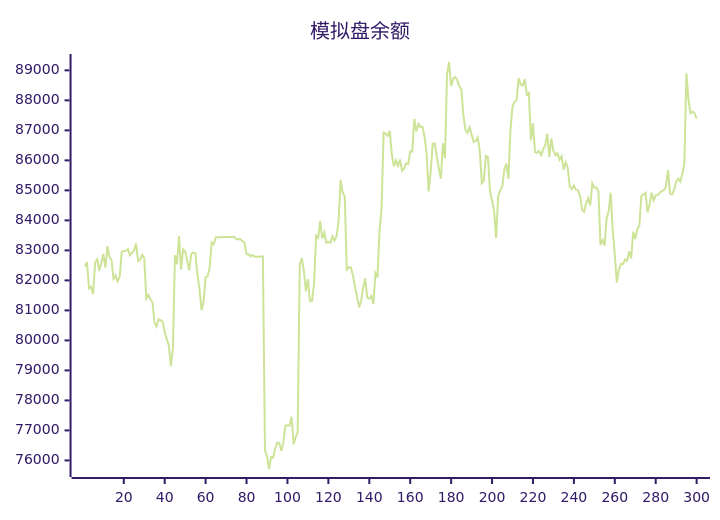
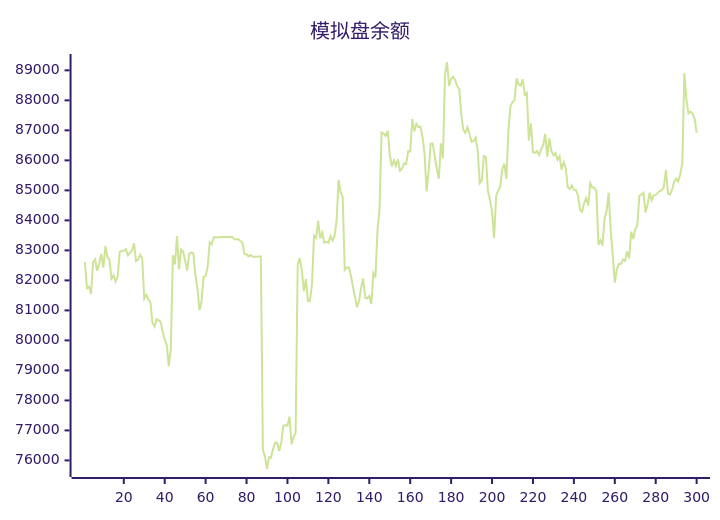
One commit to aahl/ai-trading changed the diagram in README.md. Above: the diagram before and after it, drawn with Mermaid (forest theme). The commit also changed other lines of this file and 1 other file, not shown here.

````diff
--- a/README.md
+++ b/README.md
@@ -5,5 +5,5 @@
 ```mermaid
 xychart
     title "模拟盘余额"
-    line [82459,82614,81734,81788,81551,82598,82702,82320,82580,82878,82426,83139,82778,82686,82056,82166,81963,82110,82951,82983,82984,83038,82838,82915,82998,83235,82642,82682,82858,82746,81396,81512,81362,81277,80600,80461,80699,80673,80616,80288,80038,79836,79142,79722,82837,82533,83480,82366,83032,82960,82654,82330,82883,82934,82901,82188,81728,81005,81298,82110,82135,82449,83264,83203,83440,83439,83440,83440,83446,83447,83448,83447,83448,83449,83369,83369,83369,83313,83256,82872,82873,82801,82844,82785,82791,82791,82793,82794,76339,76145,75714,76110,76096,76397,76594,76585,76310,76607,77160,77170,77160,77456,76541,76774,76927,82520,82744,82337,81639,82040,81307,81314,81887,83490,83414,83984,83396,83594,83261,83287,83253,83470,83327,83465,83987,85348,84930,84786,82355,82433,82438,82167,81795,81466,81105,81315,81756,82064,81426,81398,81481,81210,82242,82099,83658,84359,86925,86892,86814,86980,86203,85802,86003,85811,86028,85657,85721,85896,85880,86300,86299,87378,86965,87214,87115,87118,86780,86238,84966,85623,86555,86562,86129,85722,85387,86569,86070,88870,89278,88477,88720,88781,88668,88467,88372,87493,87018,86917,87102,86870,86613,86644,86758,86317,85242,85334,86149,86106,84968,84671,84302,83410,84816,85001,85127,85693,85891,85384,87001,87811,87945,88007,88734,88528,88495,88705,88189,88248,86662,87234,86279,86251,86314,86177,86364,86503,86886,86114,86731,86310,86176,86240,86017,86136,85685,85938,85749,85111,85044,85164,85016,85008,84824,84354,84287,84572,84745,84500,85234,85096,85095,84970,83180,83338,83157,84070,84309,84922,83667,82850,81924,82369,82552,82539,82695,82648,82962,82728,83619,83378,83710,83825,84819,84854,84917,84265,84527,84919,84668,84834,84850,84916,84981,85004,85131,85674,84891,84864,85019,85284,85393,85294,85538,85894,88904,88012,87567,87625,87568,87386]
+    line [82614,81734,81788,81551,82598,82702,82320,82580,82878,82426,83139,82778,82686,82056,82166,81963,82110,82951,82983,82984,83038,82838,82915,82998,83235,82642,82682,82858,82746,81396,81512,81362,81277,80600,80461,80699,80673,80616,80288,80038,79836,79142,79722,82837,82533,83480,82366,83032,82960,82654,82330,82883,82934,82901,82188,81728,81005,81298,82110,82135,82449,83264,83203,83440,83439,83440,83440,83446,83447,83448,83447,83448,83449,83369,83369,83369,83313,83256,82872,82873,82801,82844,82785,82791,82791,82793,82794,76339,76145,75714,76110,76096,76397,76594,76585,76310,76607,77160,77170,77160,77456,76541,76774,76927,82520,82744,82337,81639,82040,81307,81314,81887,83490,83414,83984,83396,83594,83261,83287,83253,83470,83327,83465,83987,85348,84930,84786,82355,82433,82438,82167,81795,81466,81105,81315,81756,82064,81426,81398,81481,81210,82242,82099,83658,84359,86925,86892,86814,86980,86203,85802,86003,85811,86028,85657,85721,85896,85880,86300,86299,87378,86965,87214,87115,87118,86780,86238,84966,85623,86555,86562,86129,85722,85387,86569,86070,88870,89278,88477,88720,88781,88668,88467,88372,87493,87018,86917,87102,86870,86613,86644,86758,86317,85242,85334,86149,86106,84968,84671,84302,83410,84816,85001,85127,85693,85891,85384,87001,87811,87945,88007,88734,88528,88495,88705,88189,88248,86662,87234,86279,86251,86314,86177,86364,86503,86886,86114,86731,86310,86176,86240,86017,86136,85685,85938,85749,85111,85044,85164,85016,85008,84824,84354,84287,84572,84745,84500,85234,85096,85095,84970,83180,83338,83157,84070,84309,84922,83667,82850,81924,82369,82552,82539,82695,82648,82962,82728,83619,83378,83710,83825,84819,84854,84917,84265,84527,84919,84668,84834,84850,84916,84981,85004,85131,85674,84891,84864,85019,85284,85393,85294,85538,85894,88904,88012,87567,87625,87568,87386,86920]
 ```
````
